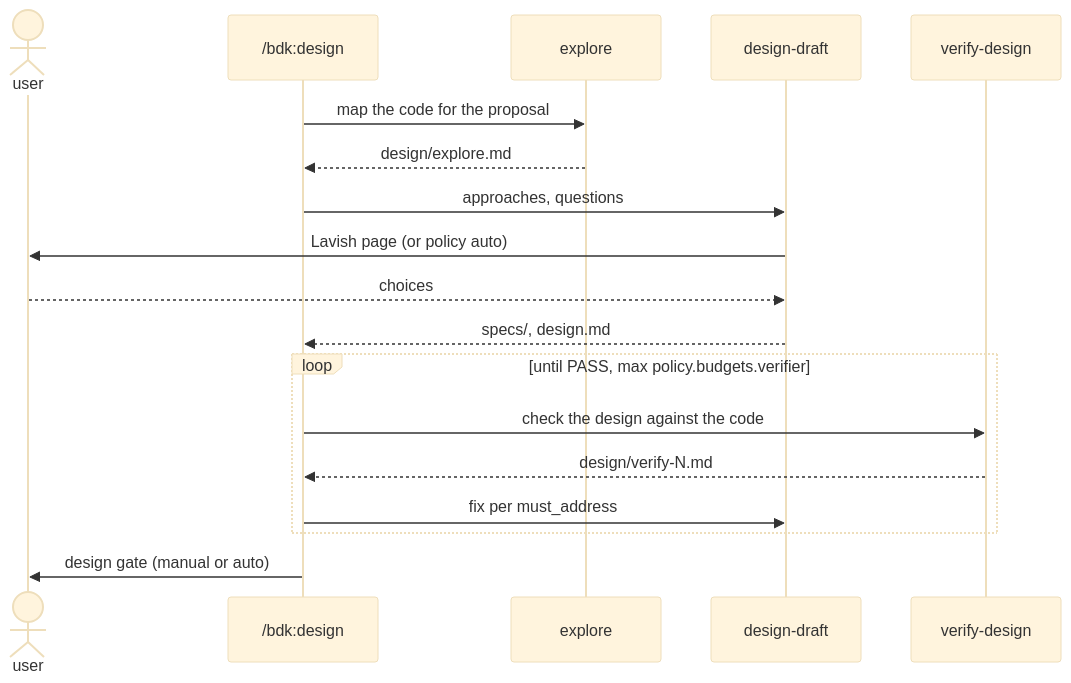
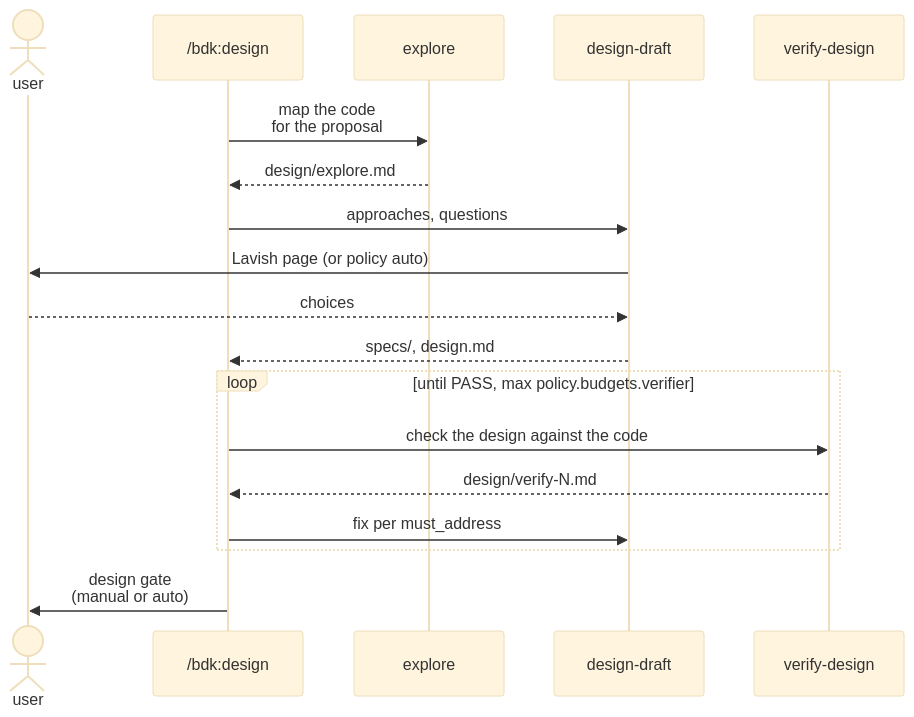
Before and after one commit to broneq/bdk: the seventh of 12 diagrams in docs/design/2026-10-07-v3-architecture.md, drawn with Mermaid (base theme). The commit also changed other lines of this file and 20 other files, not shown here.

First line of the commit message:
fix(docs): fit every diagram into the content column

````diff
--- a/docs/design/2026-10-07-v3-architecture.md
+++ b/docs/design/2026-10-07-v3-architecture.md
@@ -323,20 +329,20 @@
 ```mermaid
 sequenceDiagram
   actor H as user
   participant O as /bdk:design
   participant X as explore
   participant A as design-draft
   participant V as verify-design
-  O->>X: map the code for the proposal
+  O->>X: map the code<br/>for the proposal
   X-->>O: design/explore.md
   O->>A: approaches, questions
   A->>H: Lavish page (or policy auto)
   H-->>A: choices
   A-->>O: specs/, design.md
   loop until PASS, max policy.budgets.verifier
     O->>V: check the design against the code
     V-->>O: design/verify-N.md
     O->>A: fix per must_address
   end
-  O->>H: design gate (manual or auto)
+  O->>H: design gate<br/>(manual or auto)
 ```
````
